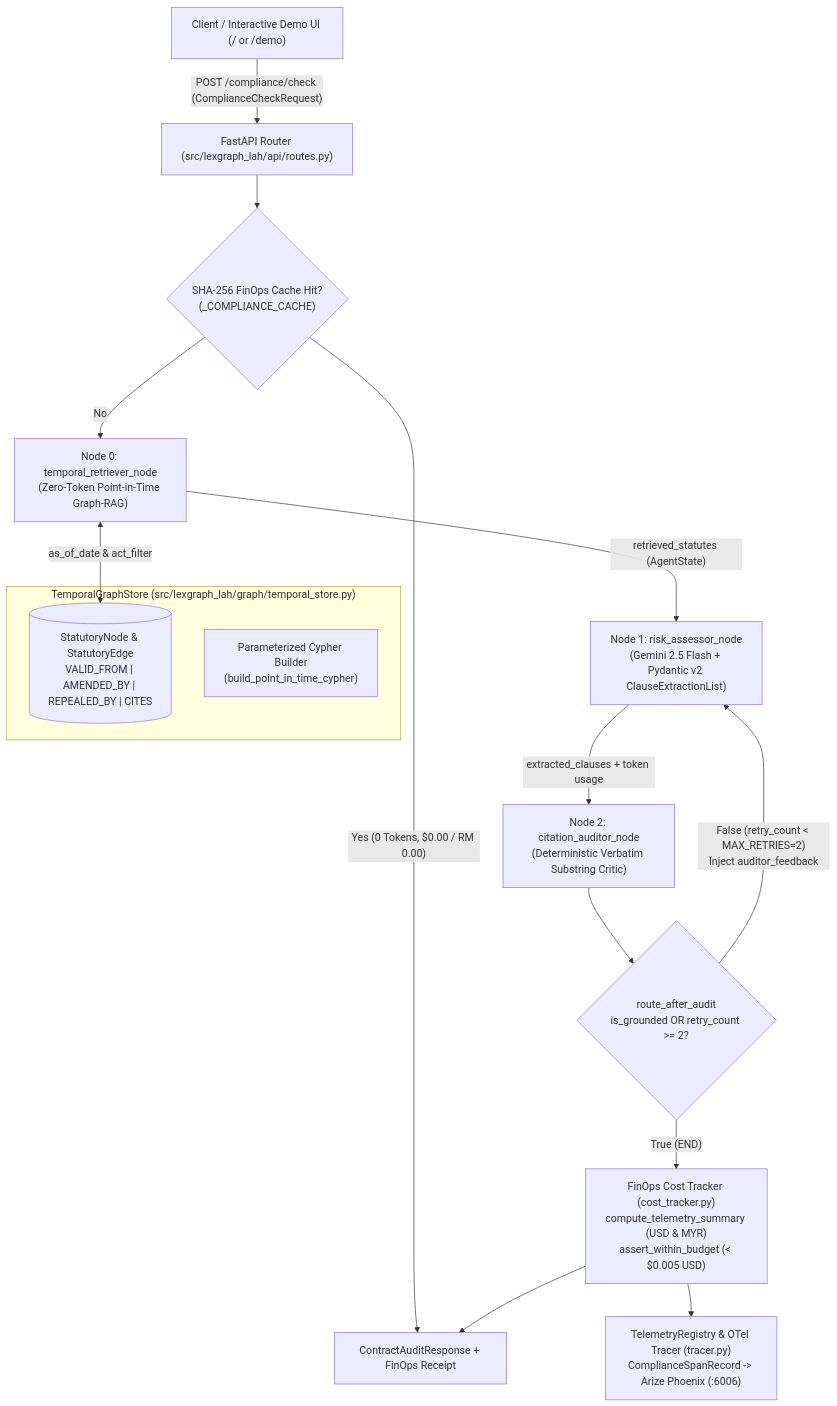
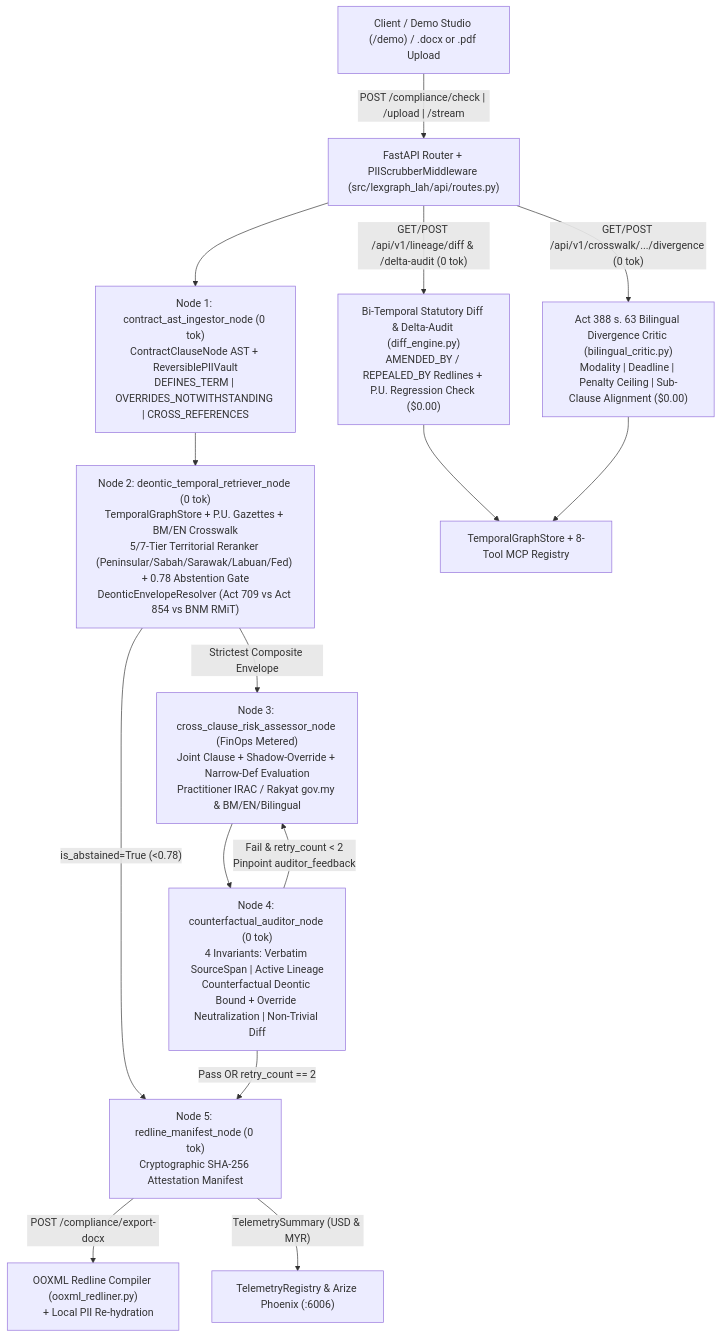
One commit to Kearskill/lexgraph-lah changed the diagram in README.md. Above: the diagram before and after it, drawn with Mermaid. The commit also changed other lines of this file and 22 other files, not shown here.

First line of the commit message:
feat(diff-audit): add bi-temporal statutory redline diff engine, Act 388 bilingual divergence critic, MCP/UI lineage explorer, and v2 benchmark + docs sync

````diff
--- a/README.md
+++ b/README.md
@@ -26,26 +41,22 @@
 ```mermaid
 flowchart TD
-    Client["Client / Interactive Demo UI (/ or /demo)"] -->|"POST /compliance/check (ComplianceCheckRequest)"| API["FastAPI Router (src/lexgraph_lah/api/routes.py)"]
+    Client["Client / Demo Studio (/demo) / .docx or .pdf Upload"] -->|"POST /compliance/check | /upload | /stream"| API["FastAPI Router + PIIScrubberMiddleware (src/lexgraph_lah/api/routes.py)"]
 
-    API --> CacheCheck{"SHA-256 FinOps Cache Hit?\n(_COMPLIANCE_CACHE)"}
-    CacheCheck -->|"Yes (0 Tokens, $0.00 / RM 0.00)"| Response["ContractAuditResponse + FinOps Receipt"]
+    API --> Node1["Node 1: contract_ast_ingestor_node (0 tok)\nContractClauseNode AST + ReversiblePIIVault\nDEFINES_TERM | OVERRIDES_NOTWITHSTANDING | CROSS_REFERENCES"]
+    Node1 --> Node2["Node 2: deontic_temporal_retriever_node (0 tok)\nTemporalGraphStore + P.U. Gazettes + BM/EN Crosswalk\n5/7-Tier Territorial Reranker (Peninsular/Sabah/Sarawak/Labuan/Fed) + 0.78 Abstention Gate\nDeonticEnvelopeResolver (Act 709 vs Act 854 vs BNM RMiT)"]
 
-    CacheCheck -->|"No"| Node0["Node 0: temporal_retriever_node\n(Zero-Token Point-in-Time Graph-RAG)"]
+    Node2 -->|"is_abstained=True (<0.78)"| Node5
+    Node2 -->|"Strictest Composite Envelope"| Node3["Node 3: cross_clause_risk_assessor_node (FinOps Metered)\nJoint Clause + Shadow-Override + Narrow-Def Evaluation\nPractitioner IRAC / Rakyat gov.my & BM/EN/Bilingual"]
 
-    subgraph GraphStore["TemporalGraphStore (src/lexgraph_lah/graph/temporal_store.py)"]
-        Statutes[("StatutoryNode & StatutoryEdge\nVALID_FROM | AMENDED_BY | REPEALED_BY | CITES")]
-        Cypher["Parameterized Cypher Builder\n(build_point_in_time_cypher)"]
-    end
+    Node3 --> Node4["Node 4: counterfactual_auditor_node (0 tok)\n4 Invariants: Verbatim SourceSpan | Active Lineage\nCounterfactual Deontic Bound + Override Neutralization | Non-Trivial Diff"]
+    Node4 -->|"Fail & retry_count < 2\nPinpoint auditor_feedback"| Node3
+    Node4 -->|"Pass OR retry_count == 2"| Node5["Node 5: redline_manifest_node (0 tok)\nCryptographic SHA-256 Attestation Manifest"]
 
-    Node0 <-->|"as_of_date & act_filter"| Statutes
-    Node0 -->|"retrieved_statutes (AgentState)"| Node1["Node 1: risk_assessor_node\n(Gemini 2.5 Flash + Pydantic v2 ClauseExtractionList)"]
+    API -->|"GET/POST /api/v1/lineage/diff & /delta-audit (0 tok)"| DiffEngine["Bi-Temporal Statutory Diff & Delta-Audit (diff_engine.py)\nAMENDED_BY / REPEALED_BY Redlines + P.U. Regression Check ($0.00)"]
+    API -->|"GET/POST /api/v1/crosswalk/.../divergence (0 tok)"| Critic388["Act 388 s. 63 Bilingual Divergence Critic (bilingual_critic.py)\nModality | Deadline | Penalty Ceiling | Sub-Clause Alignment ($0.00)"]
+    DiffEngine --> GraphStore["TemporalGraphStore + 8-Tool MCP Registry"]
+    Critic388 --> GraphStore
 
-    Node1 -->|"extracted_clauses + token usage"| Node2["Node 2: citation_auditor_node\n(Deterministic Verbatim Substring Critic)"]
-
-    Node2 --> Router{"route_after_audit\nis_grounded OR retry_count >= 2?"}
-    Router -->|"False (retry_count < MAX_RETRIES=2)\nInject auditor_feedback"| Node1
-    Router -->|"True (END)"| FinOps["FinOps Cost Tracker (cost_tracker.py)\ncompute_telemetry_summary (USD & MYR)\nassert_within_budget (< $0.005 USD)"]
-
-    FinOps --> OTel["TelemetryRegistry & OTel Tracer (tracer.py)\nComplianceSpanRecord -> Arize Phoenix (:6006)"]
-    FinOps --> Response
+    Node5 -->|"POST /compliance/export-docx"| OOXML["OOXML Redline Compiler (ooxml_redliner.py)\n<w:trackRevisions/> <w:del> <w:ins> <w:comment> + Local PII Re-hydration"]
+    Node5 -->|"TelemetrySummary (USD & MYR)"| OTel["TelemetryRegistry & Arize Phoenix (:6006)"]
 ```
````
